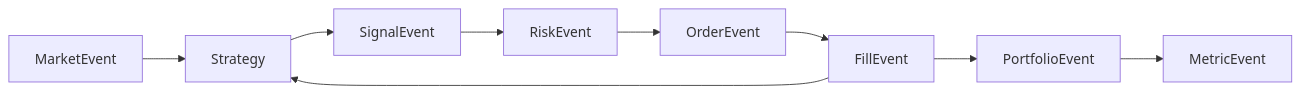
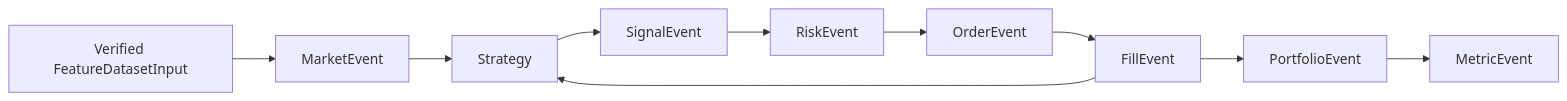
One commit to yanzhang404/QuantOS changed the fourth of 6 diagrams in ARCHITECTURE.md. Above: the diagram before and after it, drawn with Mermaid. The commit also changed other lines of this file and 21 other files, not shown here.

````diff
--- a/ARCHITECTURE.md
+++ b/ARCHITECTURE.md
@@ -124,11 +124,12 @@
 ```mermaid
 flowchart LR
+    FD["Verified FeatureDatasetInput"] --> ME
     ME["MarketEvent"] --> S["Strategy"]
     S --> SE["SignalEvent"]
     SE --> RE["RiskEvent"]
     RE --> OE["OrderEvent"]
     OE --> FE["FillEvent"]
     FE --> PE["PortfolioEvent"]
     PE --> MT["MetricEvent"]
     FE --> S
 ```
````
